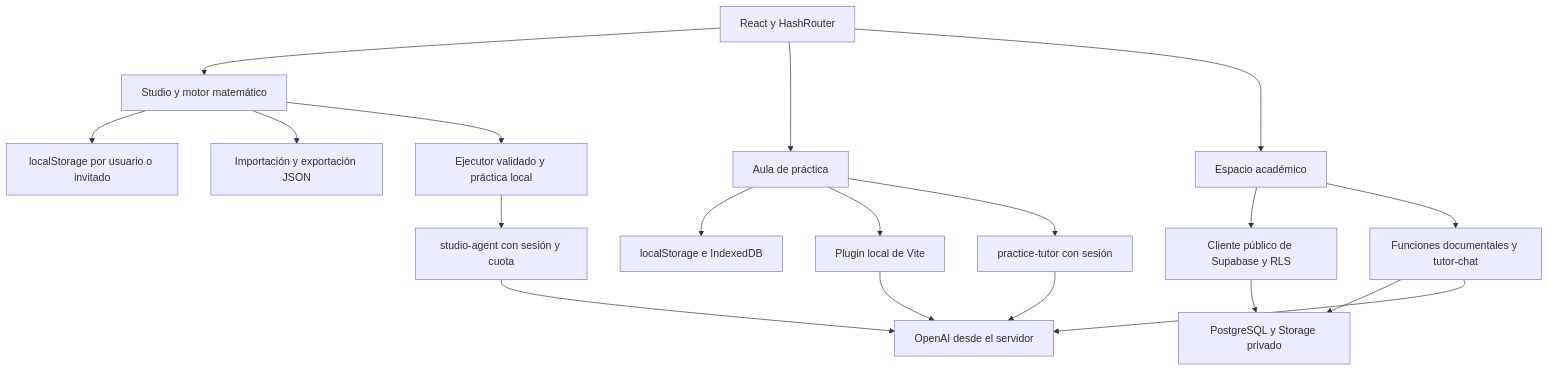
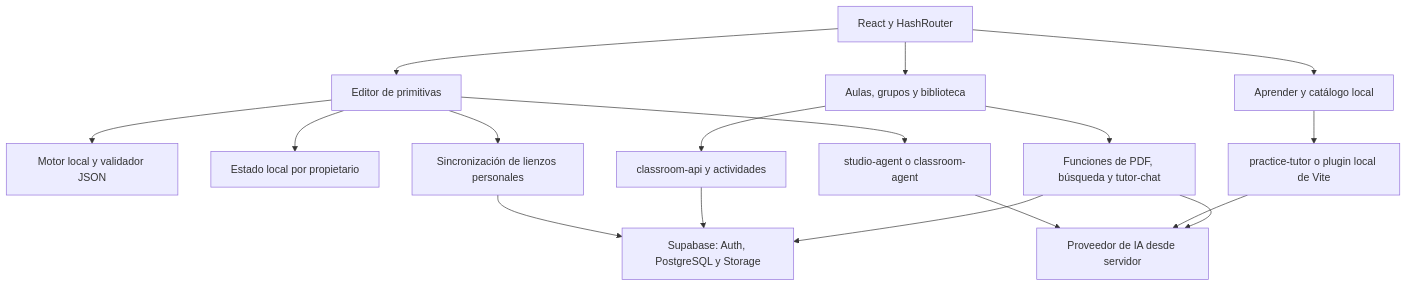
Before and after one commit to dppablito4-oss/fontex-web: the diagram in docs/architecture/overview.md, drawn with Mermaid. The commit also changed other lines of this file and 58 other files, not shown here.

````diff
--- a/docs/architecture/overview.md
+++ b/docs/architecture/overview.md
@@ -9,21 +9,19 @@
 ```mermaid
 flowchart TD
-    App[React y HashRouter] --> Studio[Studio y motor matemático]
-    App --> Practice[Aula de práctica]
-    App --> Academic[Espacio académico]
-    Studio --> Local[localStorage por usuario o invitado]
-    Studio --> JSON[Importación y exportación JSON]
-    Studio --> Agent[Ejecutor validado y práctica local]
-    Agent --> AgentAPI[studio-agent con sesión y cuota]
-    AgentAPI --> AI
-    Practice --> Progress[localStorage e IndexedDB]
-    Practice --> LocalAPI[Plugin local de Vite]
-    Practice --> PracticeAPI[practice-tutor con sesión]
-    Academic --> Client[Cliente público de Supabase y RLS]
-    Academic --> Edge[Funciones documentales y tutor-chat]
-    Client --> DB[PostgreSQL y Storage privado]
-    Edge --> DB
-    Edge --> AI[OpenAI desde el servidor]
-    LocalAPI --> AI
-    PracticeAPI --> AI
+    App[React y HashRouter] --> Canvas[Editor de primitivas]
+    Canvas --> Engine[Motor local y validador JSON]
+    Canvas --> Local[Estado local por propietario]
+    Canvas --> Scenes[Sincronización de lienzos personales]
+    Canvas --> Build[studio-agent o classroom-agent]
+    App --> Learning[Aprender y catálogo local]
+    Learning --> Practice[practice-tutor o plugin local de Vite]
+    App --> Academic[Aulas, grupos y biblioteca]
+    Academic --> Lessons[classroom-api y actividades]
+    Academic --> Documents[Funciones de PDF, búsqueda y tutor-chat]
+    Scenes --> DB[Supabase: Auth, PostgreSQL y Storage]
+    Lessons --> DB
+    Documents --> DB
+    Build --> Provider[Proveedor de IA desde servidor]
+    Practice --> Provider
+    Documents --> Provider
 ```
````
